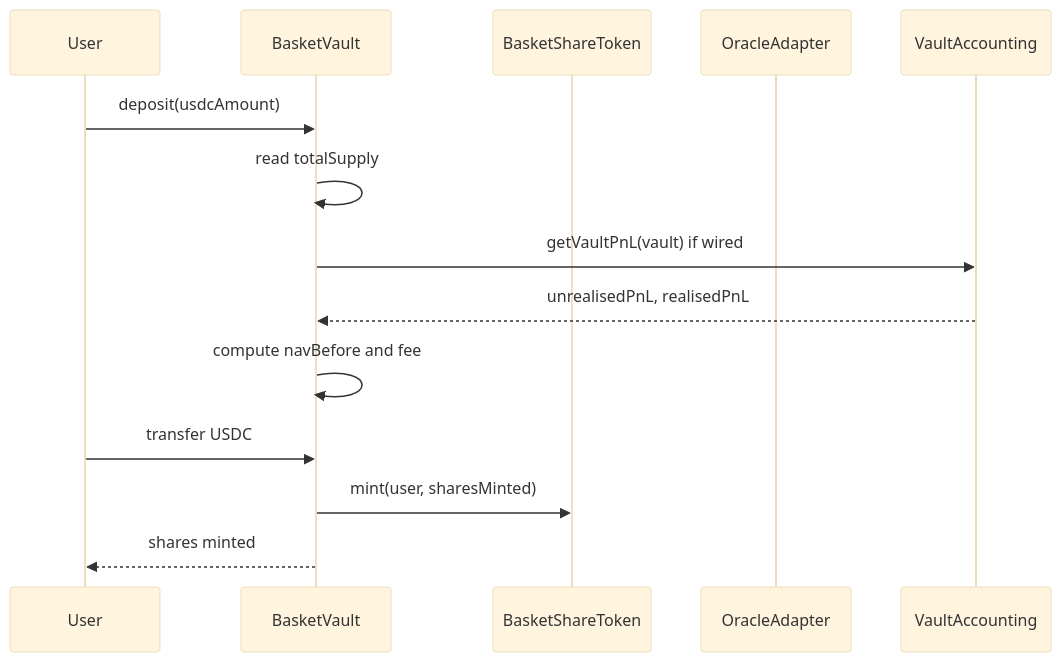
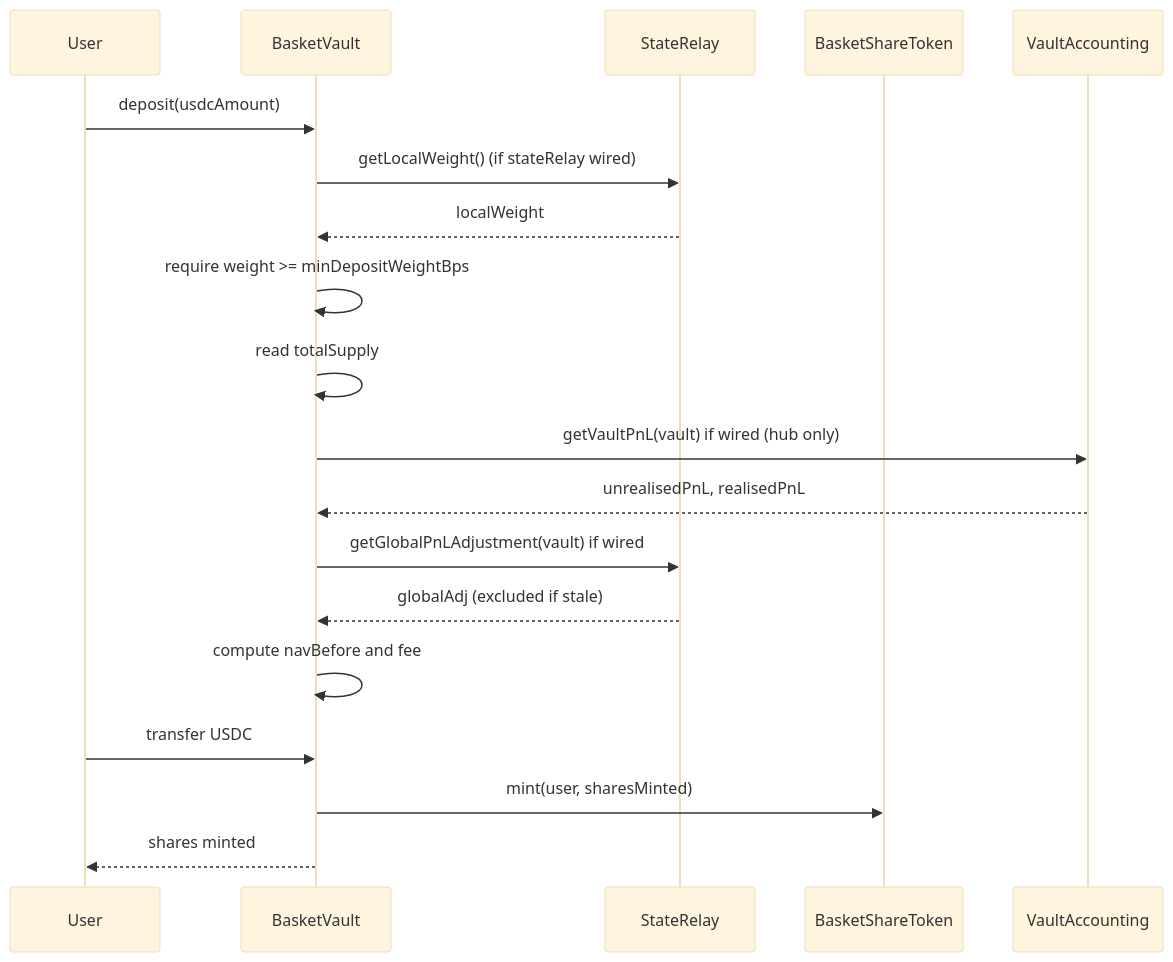
One commit to reubenr0d/indexflow-prototype changed the second of 11 diagrams in docs/TECHNICAL_ARCHITECTURE_AND_ROADMAP.md. Above: the diagram before and after it, drawn with Mermaid (base theme). The commit also changed other lines of this file and 102 other files, not shown here.

````diff
--- a/docs/TECHNICAL_ARCHITECTURE_AND_ROADMAP.md
+++ b/docs/TECHNICAL_ARCHITECTURE_AND_ROADMAP.md
@@ -171,17 +189,22 @@
 ```mermaid
 sequenceDiagram
     participant User
     participant BasketVault
+    participant SR as StateRelay
     participant ShareToken as BasketShareToken
-    participant Oracle as OracleAdapter
     participant Perp as VaultAccounting
 
     User->>BasketVault: deposit(usdcAmount)
+    BasketVault->>SR: getLocalWeight() (if stateRelay wired)
+    SR-->>BasketVault: localWeight
+    BasketVault->>BasketVault: require weight >= minDepositWeightBps
     BasketVault->>BasketVault: read totalSupply
-    BasketVault->>Perp: getVaultPnL(vault) if wired
+    BasketVault->>Perp: getVaultPnL(vault) if wired (hub only)
     Perp-->>BasketVault: unrealisedPnL, realisedPnL
+    BasketVault->>SR: getGlobalPnLAdjustment(vault) if wired
+    SR-->>BasketVault: globalAdj (excluded if stale)
     BasketVault->>BasketVault: compute navBefore and fee
     User->>BasketVault: transfer USDC
     BasketVault->>ShareToken: mint(user, sharesMinted)
     BasketVault-->>User: shares minted
 ```
````
